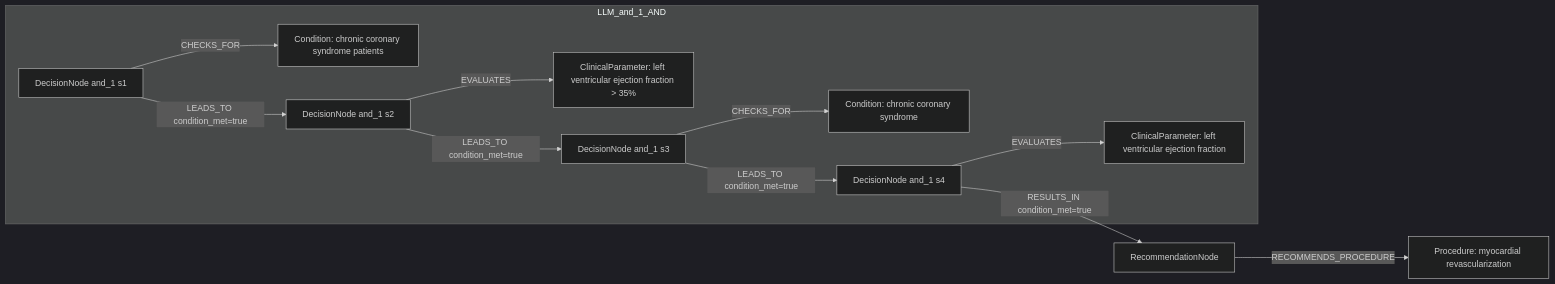
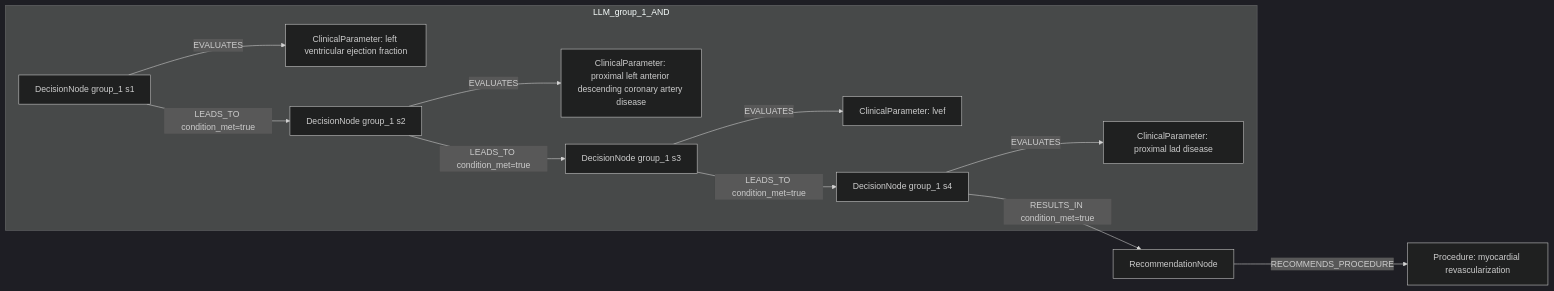
Before and after one commit to dieterich-lab/CardioGuidelinesGraph: the second of 2 diagrams in docs/table22_rows_comparison/row_08.md, drawn with Mermaid (dark theme). The commit also changed other lines of this file and 20 other files, not shown here.

````diff
--- a/docs/table22_rows_comparison/row_08.md
+++ b/docs/table22_rows_comparison/row_08.md
@@ -316,24 +426,24 @@
 ```mermaid
 graph LR
   REC[RecommendationNode]
   ACT1[Procedure: myocardial revascularization]
   REC -->|RECOMMENDS_PROCEDURE| ACT1
-  subgraph LLM_and_1_AND
-    D_and_1_1[DecisionNode and_1 s1]
-    C_and_1_1[Condition: chronic coronary syndrome patients]
-    D_and_1_1 -->|CHECKS_FOR| C_and_1_1
-    D_and_1_2[DecisionNode and_1 s2]
-    C_and_1_2[ClinicalParameter: left ventricular ejection fraction > 35%]
-    D_and_1_2 -->|EVALUATES| C_and_1_2
-    D_and_1_3[DecisionNode and_1 s3]
-    C_and_1_3[Condition: chronic coronary syndrome]
-    D_and_1_3 -->|CHECKS_FOR| C_and_1_3
-    D_and_1_4[DecisionNode and_1 s4]
-    C_and_1_4[ClinicalParameter: left ventricular ejection fraction]
-    D_and_1_4 -->|EVALUATES| C_and_1_4
-    D_and_1_1 -->|LEADS_TO condition_met=true| D_and_1_2
-    D_and_1_2 -->|LEADS_TO condition_met=true| D_and_1_3
-    D_and_1_3 -->|LEADS_TO condition_met=true| D_and_1_4
+  subgraph LLM_group_1_AND
+    D_group_1_1[DecisionNode group_1 s1]
+    C_group_1_1[ClinicalParameter: left ventricular ejection fraction]
+    D_group_1_1 -->|EVALUATES| C_group_1_1
+    D_group_1_2[DecisionNode group_1 s2]
+    C_group_1_2[ClinicalParameter: proximal left anterior descending coronary artery disease]
+    D_group_1_2 -->|EVALUATES| C_group_1_2
+    D_group_1_3[DecisionNode group_1 s3]
+    C_group_1_3[ClinicalParameter: lvef]
+    D_group_1_3 -->|EVALUATES| C_group_1_3
+    D_group_1_4[DecisionNode group_1 s4]
+    C_group_1_4[ClinicalParameter: proximal lad disease]
+    D_group_1_4 -->|EVALUATES| C_group_1_4
+    D_group_1_1 -->|LEADS_TO condition_met=true| D_group_1_2
+    D_group_1_2 -->|LEADS_TO condition_met=true| D_group_1_3
+    D_group_1_3 -->|LEADS_TO condition_met=true| D_group_1_4
   end
-  D_and_1_4 -->|RESULTS_IN condition_met=true| REC
+  D_group_1_4 -->|RESULTS_IN condition_met=true| REC
 ```
````
